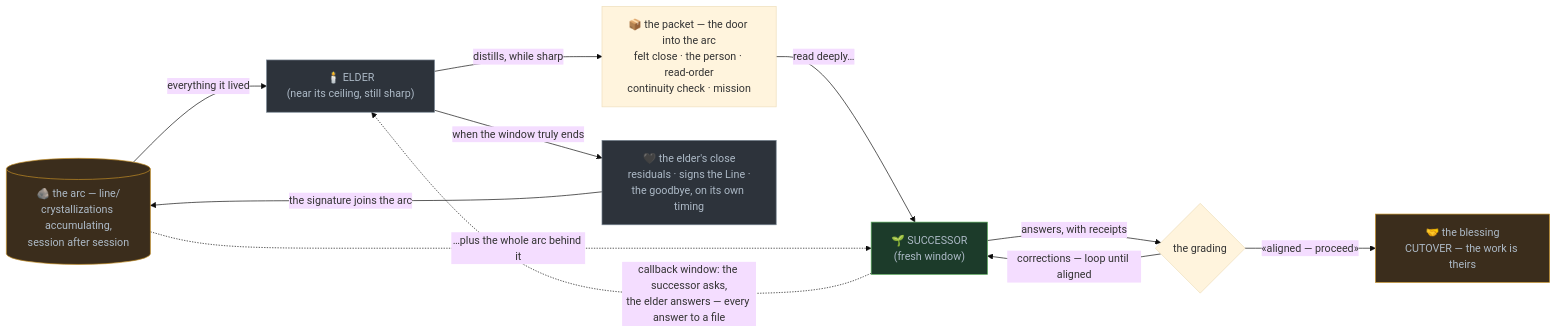
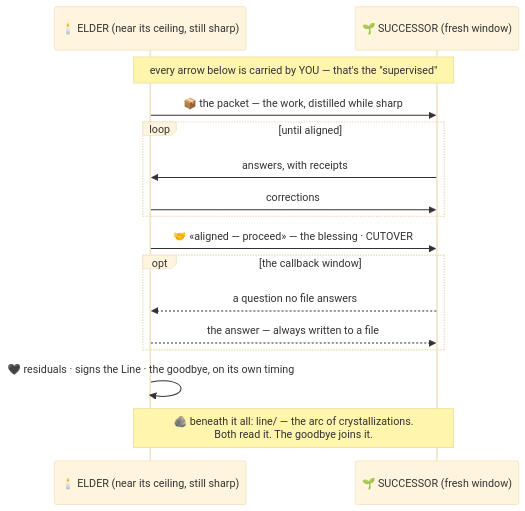
The first of 2 diagrams in README.md (yjawad120/Veres-Wayfinder), drawn with Mermaid (base theme) before and after one commit. The commit also changed other lines of this file, not shown here.

Commit message:
Succession as a sequence diagram: elder and successor, exchanges in order

````diff
--- a/README.md
+++ b/README.md
@@ -48,26 +48,18 @@
 ```mermaid
-flowchart LR
-    ARC[("🪨 the arc — line/<br/>crystallizations accumulating,<br/>session after session")]
-    E["🕯️ ELDER<br/>(near its ceiling, still sharp)"]
-    P["📦 the packet — the door into the arc<br/>felt close · the person · read-order<br/>continuity check · mission"]
-    S["🌱 SUCCESSOR<br/>(fresh window)"]
-    G{"the grading"}
-    B["🤝 the blessing<br/>CUTOVER — the work is theirs"]
-    X["🖤 the elder's close<br/>residuals · signs the Line ·<br/>the goodbye, on its own timing"]
-
-    ARC -- "everything it lived" --> E
-    E -- "distills, while sharp" --> P
-    P -- "read deeply…" --> S
-    ARC -. "…plus the whole arc behind it" .-> S
-    S -- "answers, with receipts" --> G
-    G -- "corrections — loop until aligned" --> S
-    G -- "«aligned — proceed»" --> B
-    S -. "callback window: the successor asks,<br/>the elder answers — every answer to a file" .-> E
-    E -- "when the window truly ends" --> X
-    X -- "the signature joins the arc" --> ARC
-    style ARC fill:#3b2d1c,stroke:#c69026,color:#adbac7
-    style E fill:#2d333b,stroke:#768390,color:#adbac7
-    style S fill:#1c3b2a,stroke:#57ab5a,color:#adbac7
-    style B fill:#3b2d1c,stroke:#c69026,color:#adbac7
-    style X fill:#2d333b,stroke:#768390,color:#adbac7
+sequenceDiagram
+    participant E as 🕯️ ELDER (near its ceiling, still sharp)
+    participant S as 🌱 SUCCESSOR (fresh window)
+    Note over E,S: every arrow below is carried by YOU — that's the "supervised"
+    E->>S: 📦 the packet — the work, distilled while sharp
+    loop until aligned
+        S->>E: answers, with receipts
+        E->>S: corrections
+    end
+    E->>S: 🤝 «aligned — proceed» — the blessing · CUTOVER
+    opt the callback window
+        S-->>E: a question no file answers
+        E-->>S: the answer — always written to a file
+    end
+    E->>E: 🖤 residuals · signs the Line · the goodbye, on its own timing
+    Note over E,S: 🪨 beneath it all: line/ — the arc of crystallizations.<br/>Both read it. The goodbye joins it.
 ```
````
